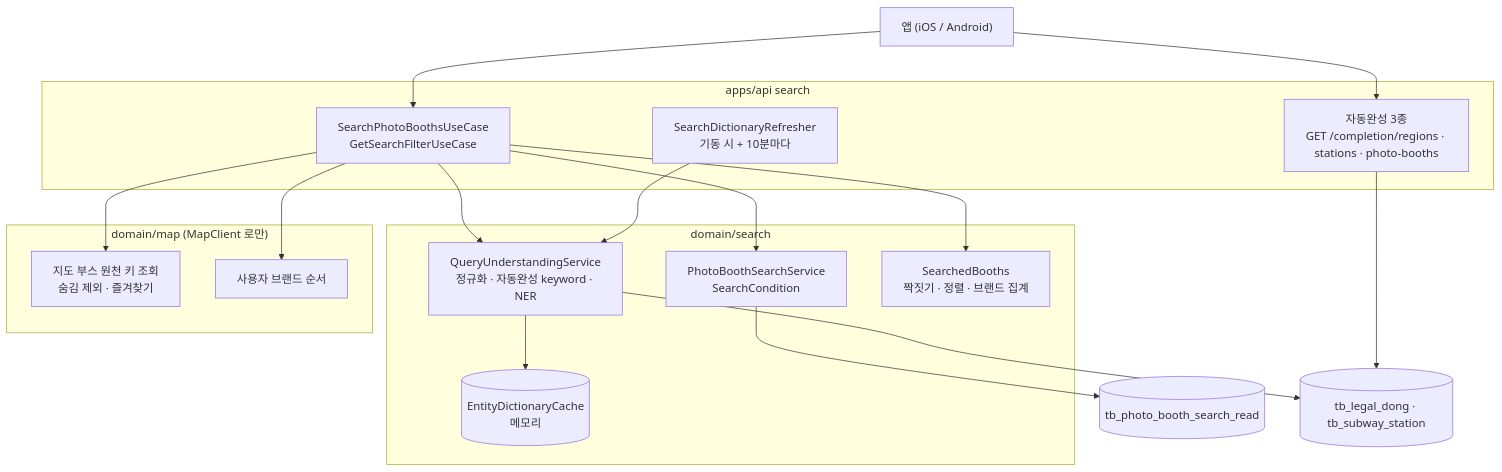
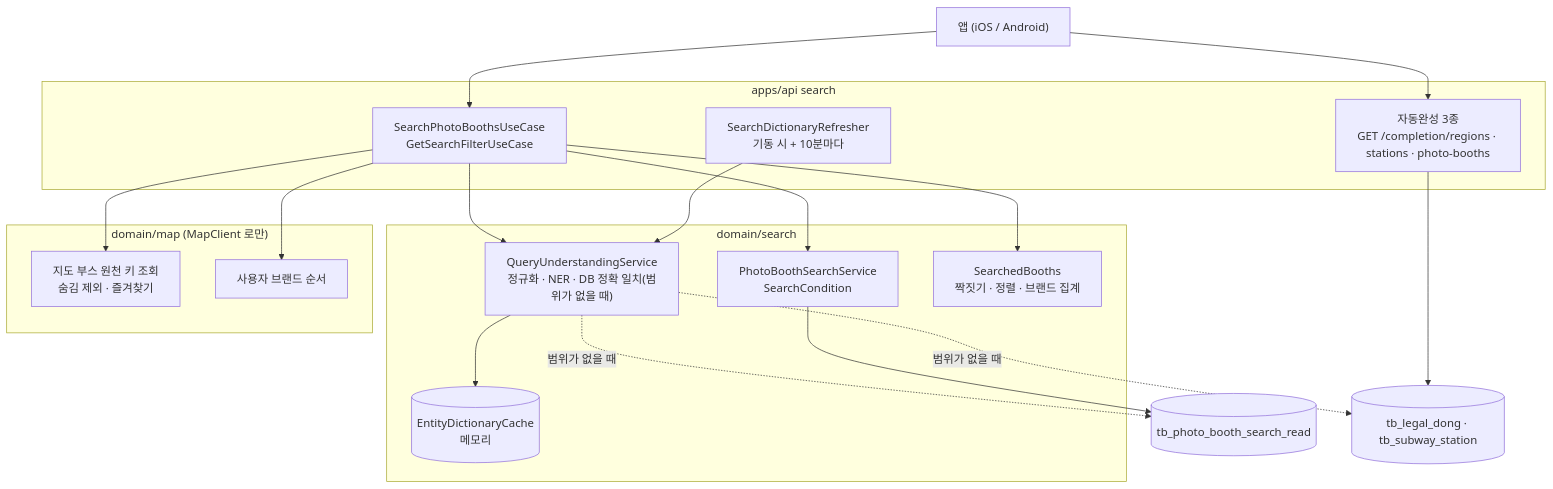
One commit to Team-Neki/Team-Neki-Server changed the diagram in docs/hld/2026-10-04-search-serving-hld.md. Above: the diagram before and after it, drawn with Mermaid. The commit also changed other lines of this file and 19 other files, not shown here.

````diff
--- a/docs/hld/2026-10-04-search-serving-hld.md
+++ b/docs/hld/2026-10-04-search-serving-hld.md
@@ -83,33 +83,34 @@
 ```mermaid
 flowchart TB
     Client["앱 (iOS / Android)"]
     subgraph API["apps/api search"]
         Completion["자동완성 3종<br/>GET /completion/regions · stations · photo-booths"]
         UC["SearchPhotoBoothsUseCase<br/>GetSearchFilterUseCase"]
         Refresher["SearchDictionaryRefresher<br/>기동 시 + 10분마다"]
     end
     subgraph Search["domain/search"]
-        QU["QueryUnderstandingService<br/>정규화 · 자동완성 keyword · NER"]
+        QU["QueryUnderstandingService<br/>정규화 · NER · DB 정확 일치(범위가 없을 때)"]
         Dict[("EntityDictionaryCache<br/>메모리")]
         Svc["PhotoBoothSearchService<br/>SearchCondition"]
         Booths["SearchedBooths<br/>짝짓기 · 정렬 · 브랜드 집계"]
     end
     subgraph Map["domain/map (MapClient 로만)"]
         Loc["지도 부스 원천 키 조회<br/>숨김 제외 · 즐겨찾기"]
         Order["사용자 브랜드 순서"]
     end
     Index[("tb_photo_booth_search_read")]
     Masters[("tb_legal_dong · tb_subway_station")]
 
     Client --> Completion
     Client --> UC
     Completion --> Masters
     UC --> QU
     QU --> Dict
-    QU --> Masters
+    QU -. 범위가 없을 때 .-> Masters
+    QU -. 범위가 없을 때 .-> Index
     Refresher --> QU
     UC --> Svc --> Index
     UC --> Loc
     UC --> Order
     UC --> Booths
 ```
````
